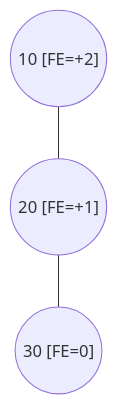
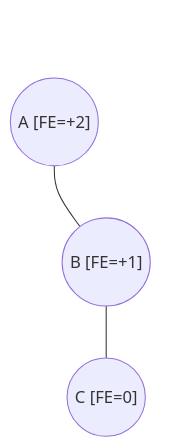
Diagram 20 of 34 in 03-arboles.md (frijolitobandido/Guia_Matematica_Discreta), drawn with Mermaid before and after one commit. The commit also changed other lines of this file, not shown here.

````diff
--- a/03-arboles.md
+++ b/03-arboles.md
@@ -557,5 +576,9 @@
 ```mermaid
 graph TD
-    c1(("10 [FE=+2]")) --- c2(("20 [FE=+1]"))
-    c2 --- c3(("30 [FE=0]"))
+    c1(("A [FE=+2]")) --- c2(("B [FE=+1]"))
+    sp1(( )):::invisible ~~~ c1
+    sp2(( )):::invisible ~~~ c2
+    c2 --- c3(("C [FE=0]"))
+
+    classDef invisible fill:none,stroke:none
 ```
````
